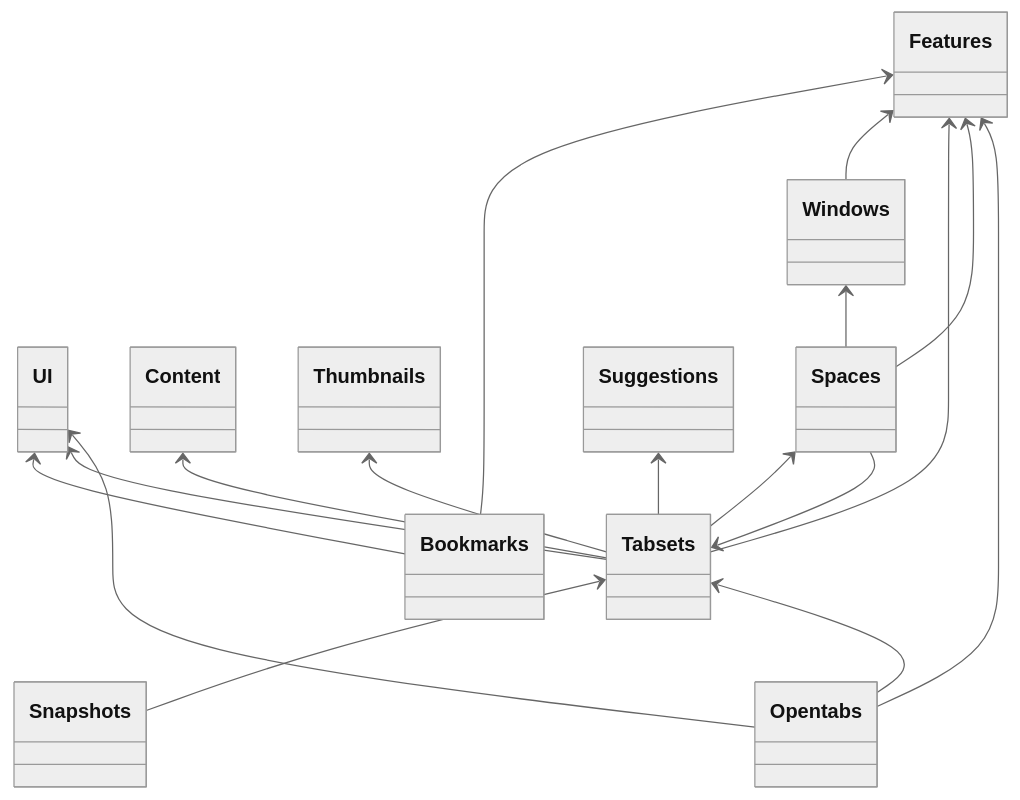
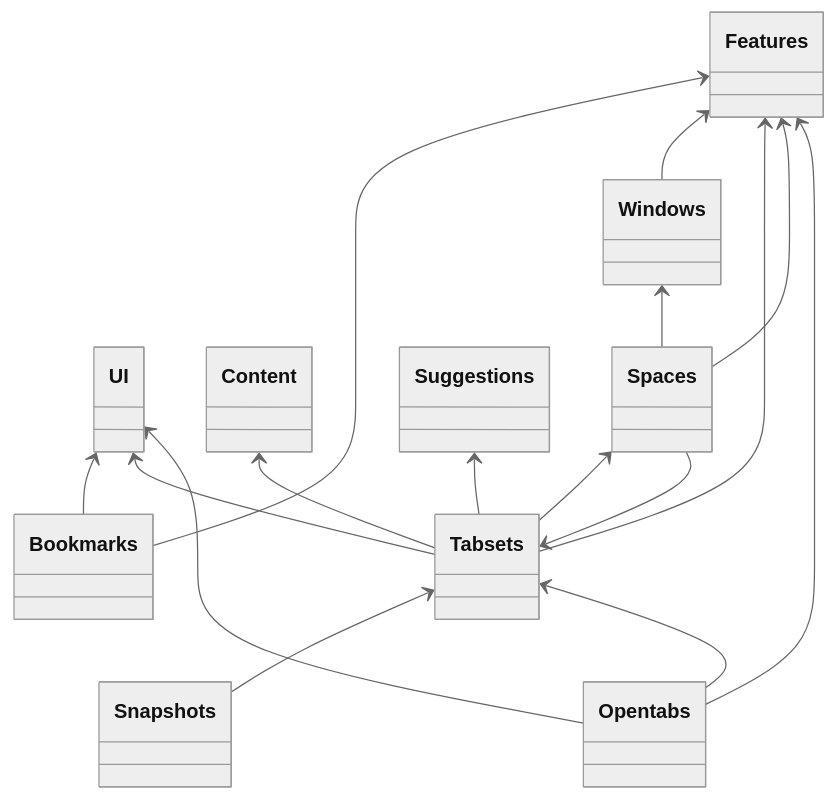
One commit to evandor/tabsets changed the diagram in docs/submodules/index.md. Above: the diagram before and after it, drawn with Mermaid (neutral theme). The commit also changed other lines of this file and 2 other files, not shown here.

````diff
--- a/docs/submodules/index.md
+++ b/docs/submodules/index.md
@@ -14,38 +14,38 @@
 ```mermaid
 classDiagram
 %%  Core <-- Features
 
   Features <-- Bookmarks
   UI <-- Bookmarks
 
   Features <-- Windows
 %%  Tabsets <-- Windows
 
 %%  Tabsets <-- Thumbnails
 %%  Windows <-- Thumbnails
 
   Content <-- Tabsets
   Features <-- Tabsets
-  Thumbnails <-- Tabsets
+%%  Thumbnails <-- Tabsets
 %%  Search <-- Tabsets
   Spaces <-- Tabsets
   Suggestions <-- Tabsets
 %%  Bookmarks <-- Tabsets
   UI <-- Tabsets
 
   Features <-- Spaces
   Windows <-- Spaces
   Tabsets <-- Spaces
 
 %%  Bookmarks <-- Search
 
 %%  Search <-- Content
 
   Tabsets <-- Snapshots
 
   UI <-- Opentabs
   Tabsets <-- Opentabs
   Features <-- Opentabs
 
 
 ```
````
